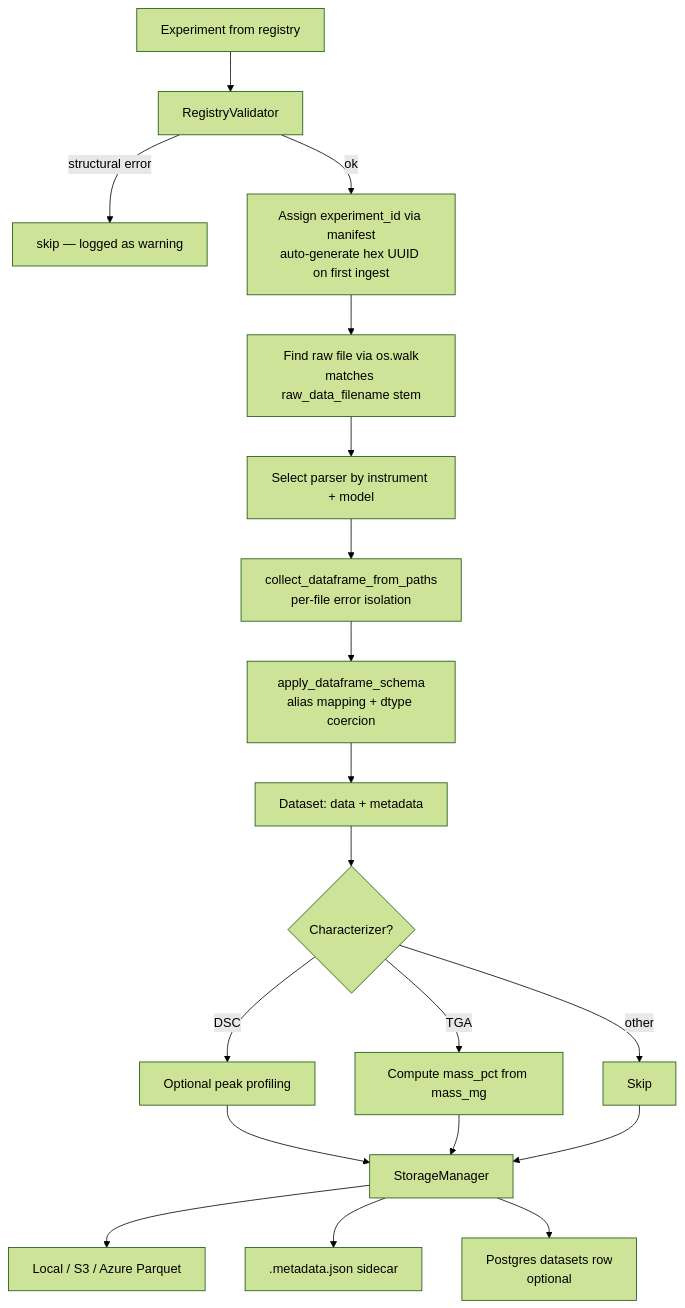
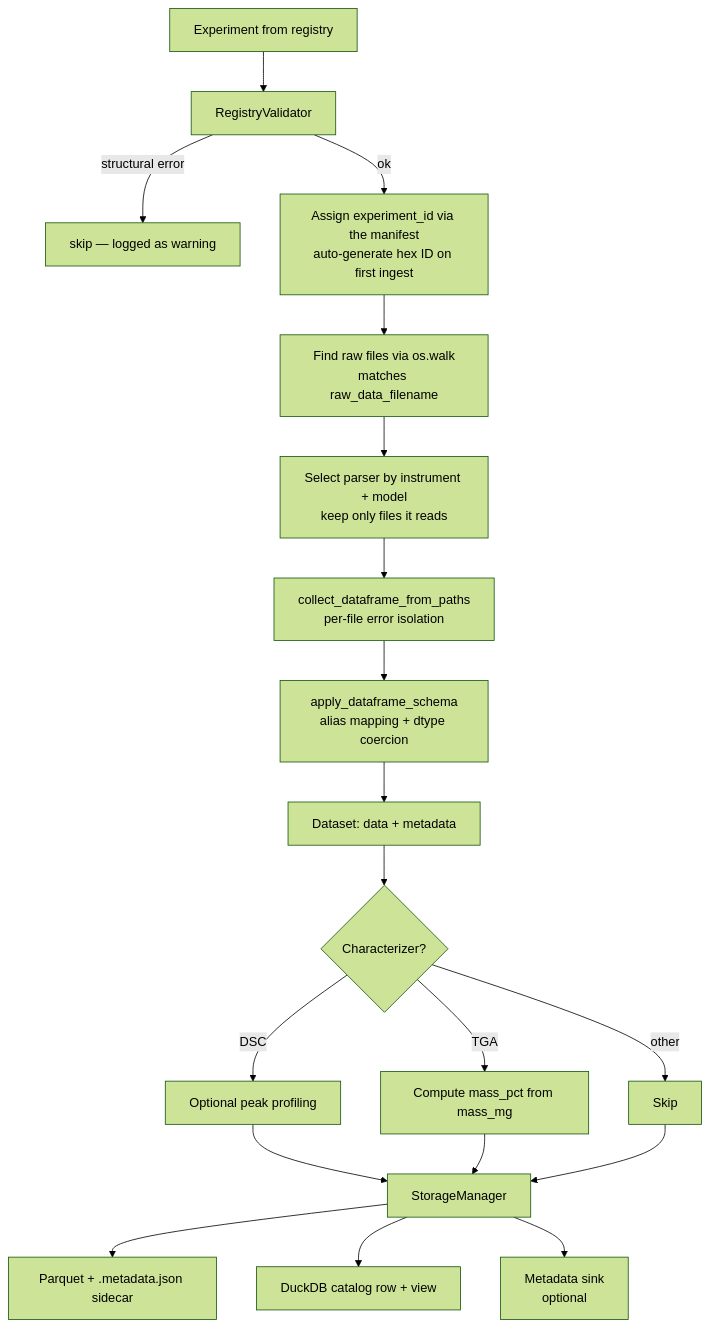
One commit to lucaAyt/mfethuls changed the first of 3 diagrams in docs/reference/architecture.md. Above: the diagram before and after it, drawn with Mermaid (forest theme). The commit also changed other lines of this file and 73 other files, not shown here.

````diff
--- a/docs/reference/architecture.md
+++ b/docs/reference/architecture.md
@@ -181,21 +9,21 @@
 ```mermaid
 flowchart TD
   A[Experiment from registry] --> B[RegistryValidator]
   B -->|structural error| X[skip — logged as warning]
-  B -->|ok| C[Assign experiment_id via manifest\nauto-generate hex UUID on first ingest]
-  C --> D[Find raw file via os.walk\nmatches raw_data_filename stem]
-  D --> E[Select parser by instrument + model]
+  B -->|ok| C[Assign experiment_id via the manifest\nauto-generate hex ID on first ingest]
+  C --> D[Find raw files via os.walk\nmatches raw_data_filename]
+  D --> E[Select parser by instrument + model\nkeep only files it reads]
   E --> F[collect_dataframe_from_paths\nper-file error isolation]
   F --> G[apply_dataframe_schema\nalias mapping + dtype coercion]
   G --> H[Dataset: data + metadata]
   H --> I{Characterizer?}
   I -->|DSC| J[Optional peak profiling]
   I -->|TGA| JT[Compute mass_pct from mass_mg]
   I -->|other| K[Skip]
   J --> L[StorageManager]
   JT --> L
   K --> L
-  L --> M[Local / S3 / Azure Parquet]
-  L --> N[.metadata.json sidecar]
-  L --> O[Postgres datasets row\noptional]
+  L --> M[Parquet + .metadata.json sidecar]
+  L --> N[DuckDB catalog row + view]
+  L --> O[Metadata sink\noptional]
 ```
````
